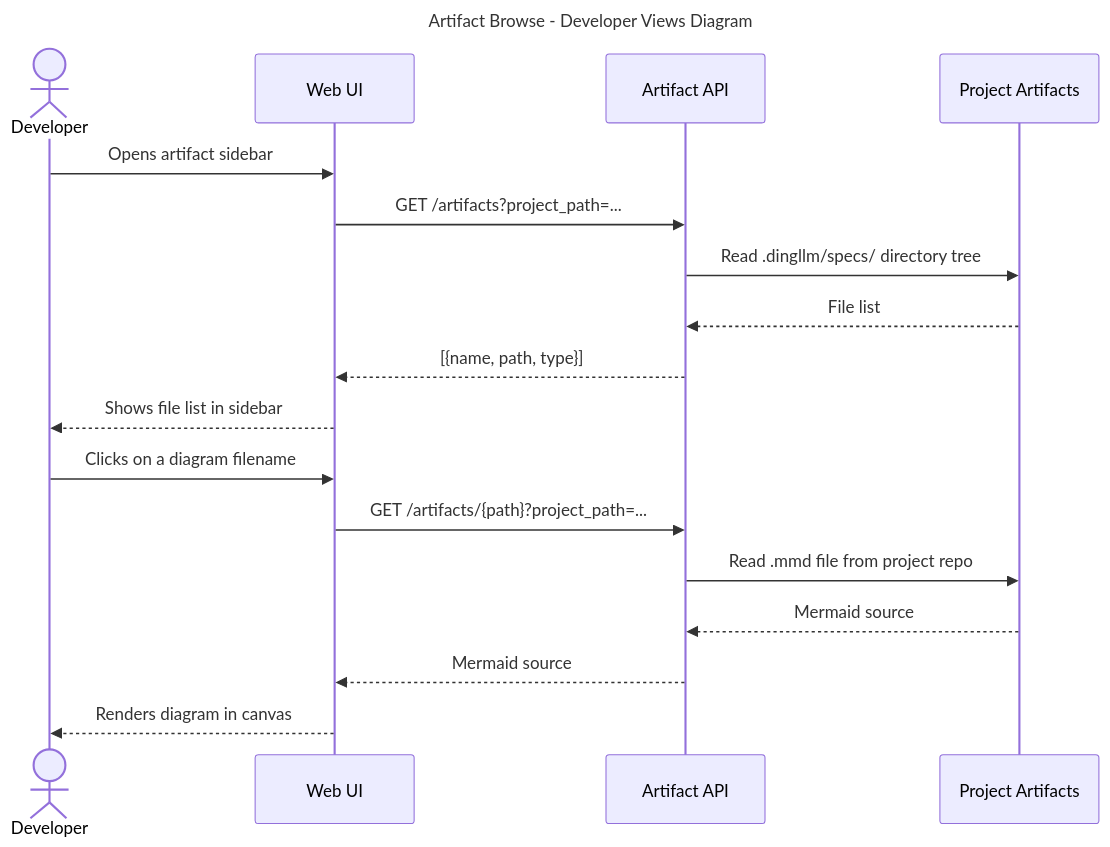
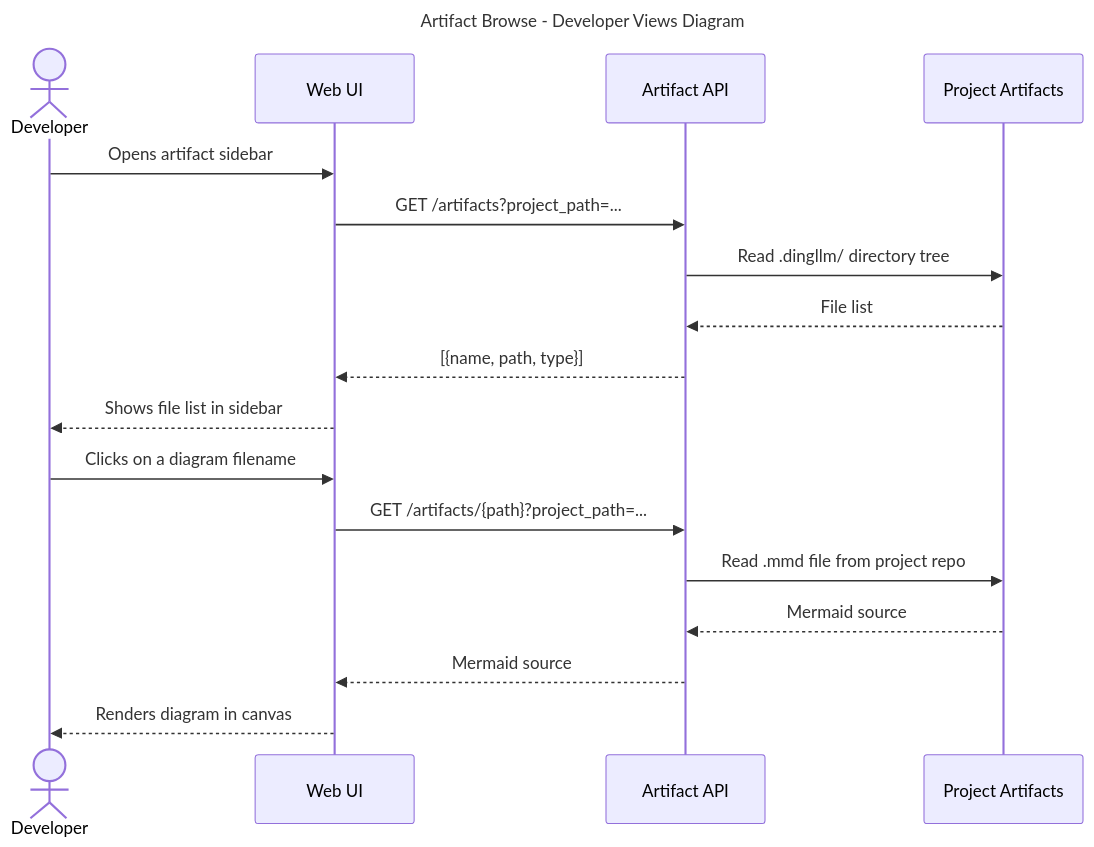
Before and after one commit to RohanAwhad/bazinga: the diagram in .dingllm/specs/v3/006_artifact_browse_sequence.mmd, drawn with Mermaid. The commit also changed 1 other file, not shown here.

Commit message:
feat: add test artifact browse diagram and fix directory scope
.dingllm/specs/v3/006_artifact_browse_sequence.mmd
- Broaden artifact read scope from .dingllm/specs/ to .dingllm/

.dingllm/specs/v3/006_test_artifact_browse_sequence.mmd
- Add test assertion sequence diagram for artifact browse/view flow
- Cover path traversal, empty dir, missing path, and type filtering assertions

```diff
--- a/.dingllm/specs/v3/006_artifact_browse_sequence.mmd
+++ b/.dingllm/specs/v3/006_artifact_browse_sequence.mmd
@@ -1,22 +1,22 @@
 ---
 title: Artifact Browse - Developer Views Diagram
 ---
 sequenceDiagram
     actor Dev as Developer
     participant WEB as Web UI
     participant AAPI as Artifact API
     participant ARTIFACTS as Project Artifacts
 
     Dev->>WEB: Opens artifact sidebar
     WEB->>AAPI: GET /artifacts?project_path=...
-    AAPI->>ARTIFACTS: Read .dingllm/specs/ directory tree
+    AAPI->>ARTIFACTS: Read .dingllm/ directory tree
     ARTIFACTS-->>AAPI: File list
     AAPI-->>WEB: [{name, path, type}]
     WEB-->>Dev: Shows file list in sidebar
 
     Dev->>WEB: Clicks on a diagram filename
     WEB->>AAPI: GET /artifacts/{path}?project_path=...
     AAPI->>ARTIFACTS: Read .mmd file from project repo
     ARTIFACTS-->>AAPI: Mermaid source
     AAPI-->>WEB: Mermaid source
     WEB-->>Dev: Renders diagram in canvas
```
